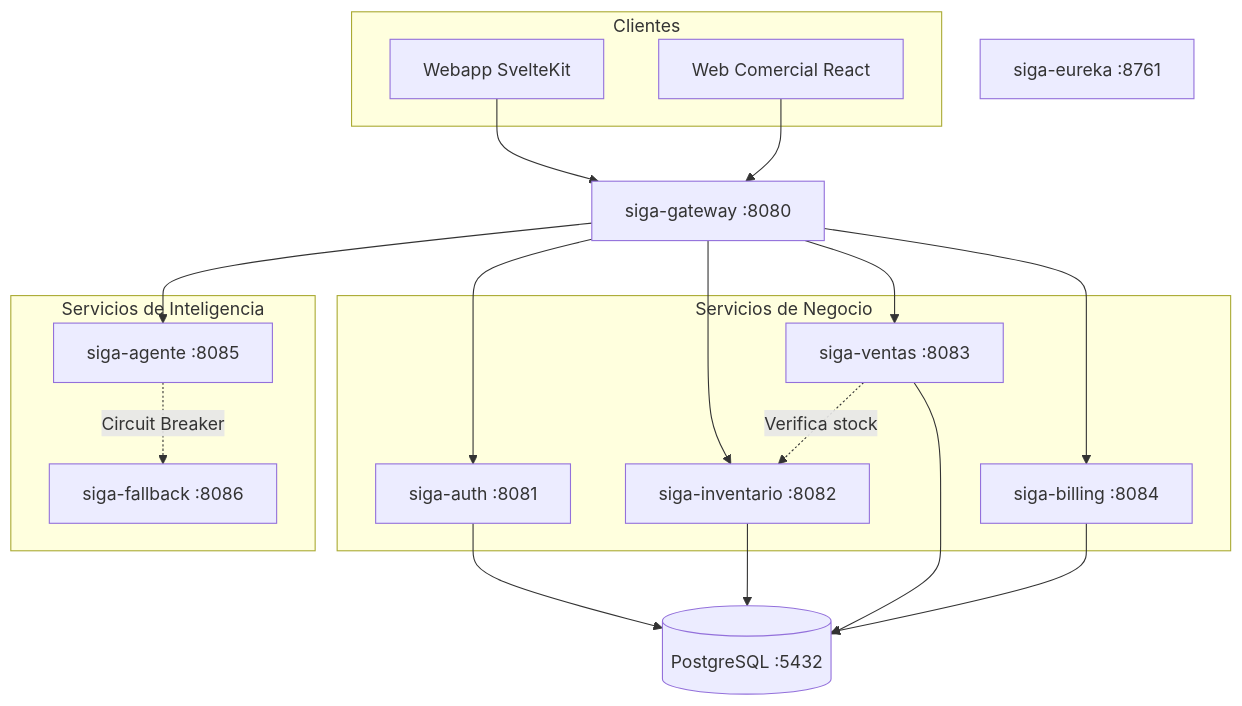
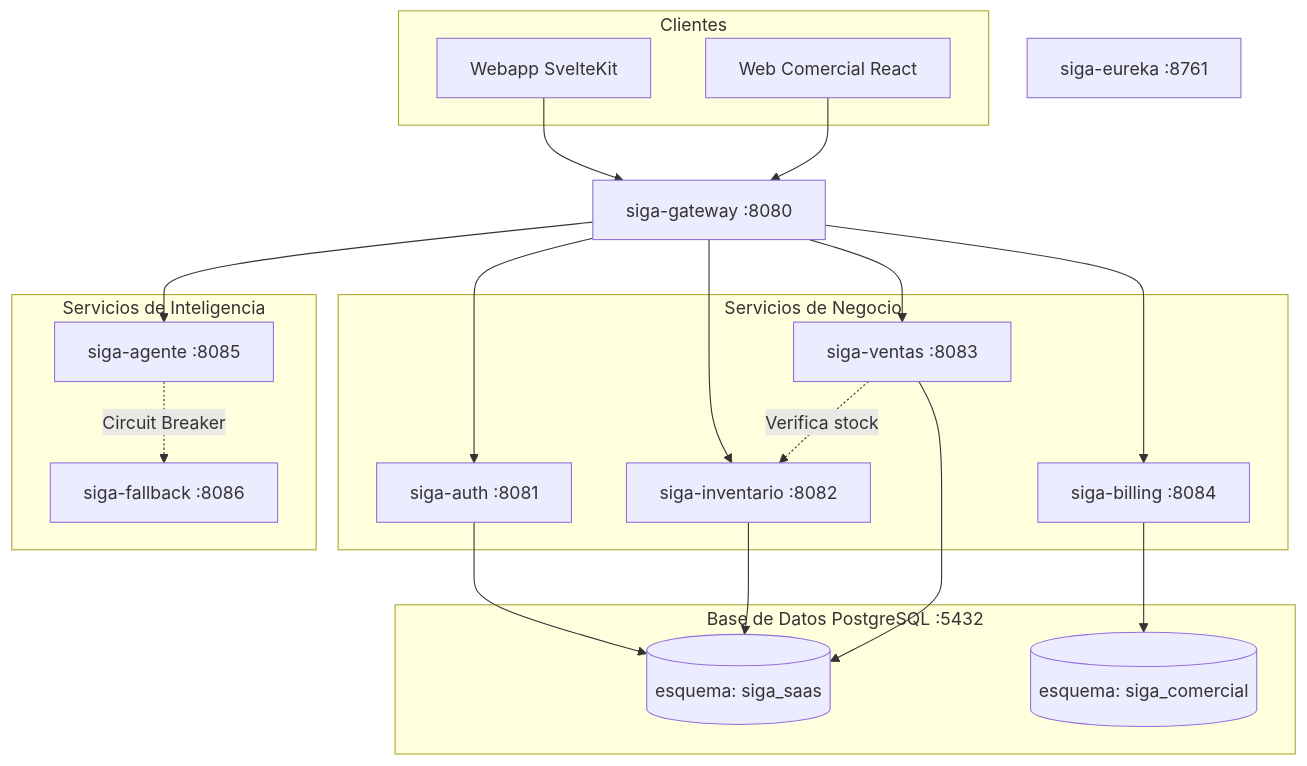
Before and after one commit to HecAguilaV/SIGA: the first of 7 diagrams in openspec/changes/migracion-microservicios/architecture-diagrams.md, drawn with Mermaid. The commit also changed other lines of this file, not shown here.

Commit message:
docs: mostrar esquemas físicos separados dentro del cluster PostgreSQL en diagramas 1 y 5

````diff
--- a/openspec/changes/migracion-microservicios/architecture-diagrams.md
+++ b/openspec/changes/migracion-microservicios/architecture-diagrams.md
@@ -10,38 +10,42 @@
 ```mermaid
 graph TD
     subgraph Clientes
         W1["Webapp SvelteKit"]
         W2["Web Comercial React"]
     end
 
     GW["siga-gateway :8080"]
 
     subgraph Negocio["Servicios de Negocio"]
         AU["siga-auth :8081"]
         IN["siga-inventario :8082"]
         VE["siga-ventas :8083"]
         BI["siga-billing :8084"]
     end
 
     subgraph IA["Servicios de Inteligencia"]
         AG["siga-agente :8085"]
         FB["siga-fallback :8086"]
     end
 
-    DB[("PostgreSQL :5432")]
+    subgraph DB["Base de Datos PostgreSQL :5432"]
+        DB_SAAS[("esquema: siga_saas")]
+        DB_COMERCIAL[("esquema: siga_comercial")]
+    end
+    
     EU["siga-eureka :8761"]
 
     W1 --> GW
     W2 --> GW
     GW --> AU
     GW --> IN
     GW --> VE
     GW --> BI
     GW --> AG
     AG -.->|Circuit Breaker| FB
     VE -.->|Verifica stock| IN
-    AU --> DB
-    IN --> DB
-    VE --> DB
-    BI --> DB
+    AU --> DB_SAAS
+    IN --> DB_SAAS
+    VE --> DB_SAAS
+    BI --> DB_COMERCIAL
 ```
````
